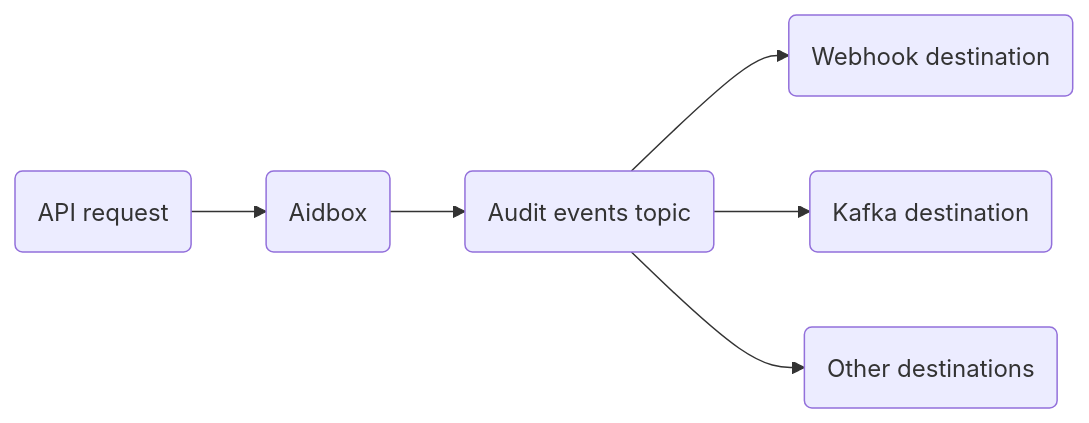
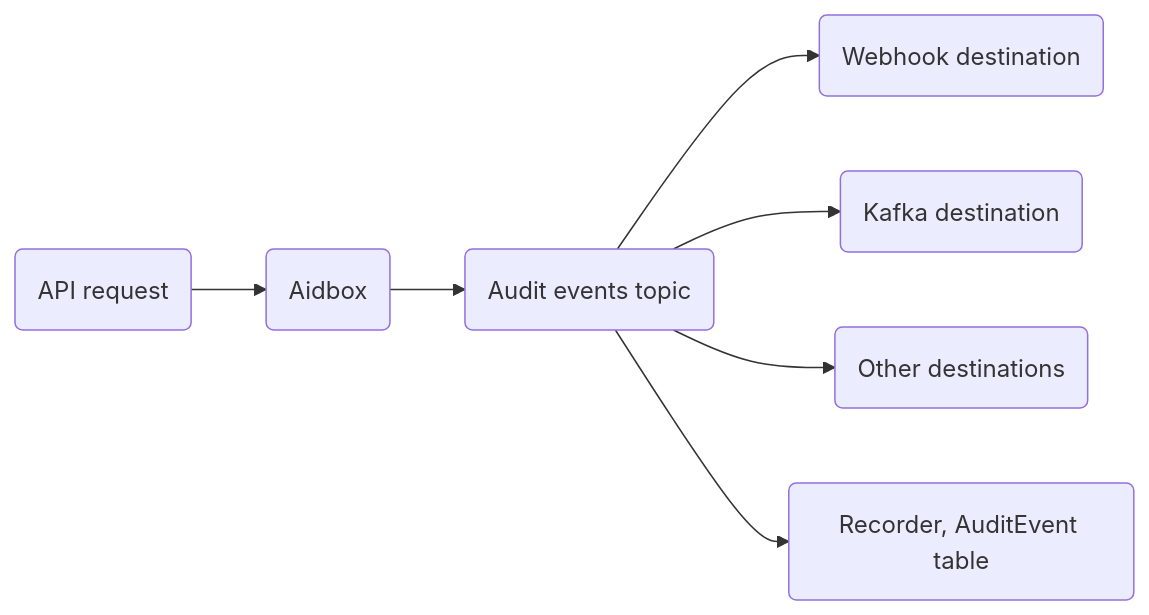
The diagram in docs/access-control/audit-and-logging.md (HealthSamurai/aidbox-docs), drawn with Mermaid before and after one commit. The commit also changed other lines of this file and 14 other files, not shown here.

First line of the commit message:
[#8177] Update audit log docs: recorder, filterBy, settings

````diff
--- a/docs/access-control/audit-and-logging.md
+++ b/docs/access-control/audit-and-logging.md
@@ -38,8 +38,9 @@
 ```mermaid
 graph LR
     A(API request):::blue2 --> B(Aidbox):::green2
     B --> C(Audit events topic):::violet2
     C --> D(Webhook destination):::neutral2
     C --> E(Kafka destination):::neutral2
     C --> F(Other destinations):::neutral2
+    C --> G(Recorder, AuditEvent table):::neutral2
 ```
````
